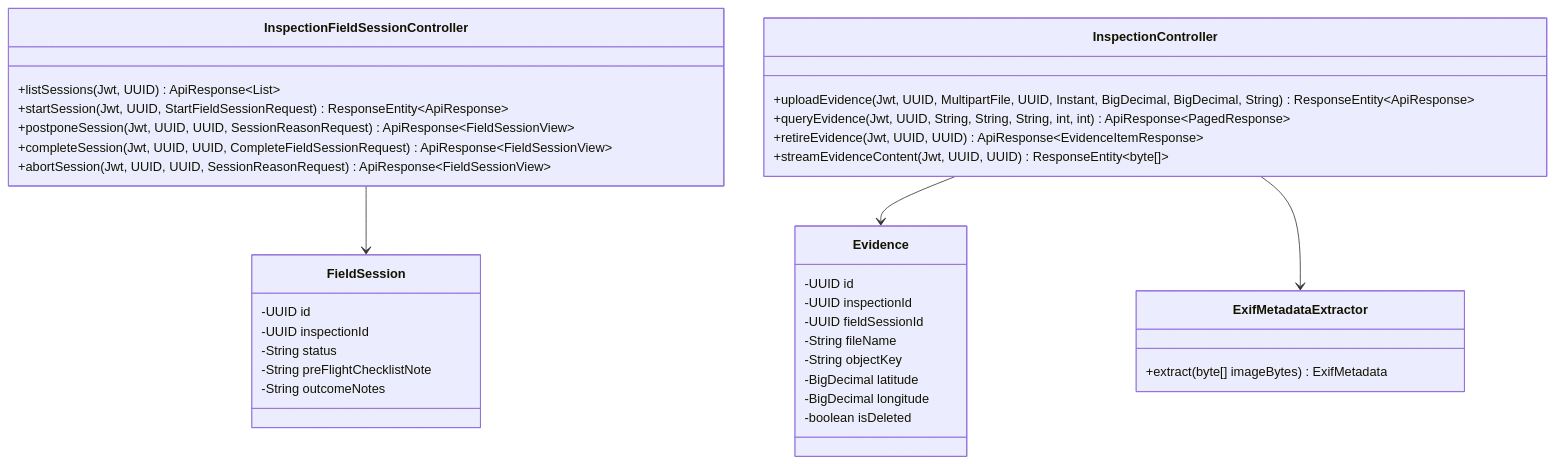
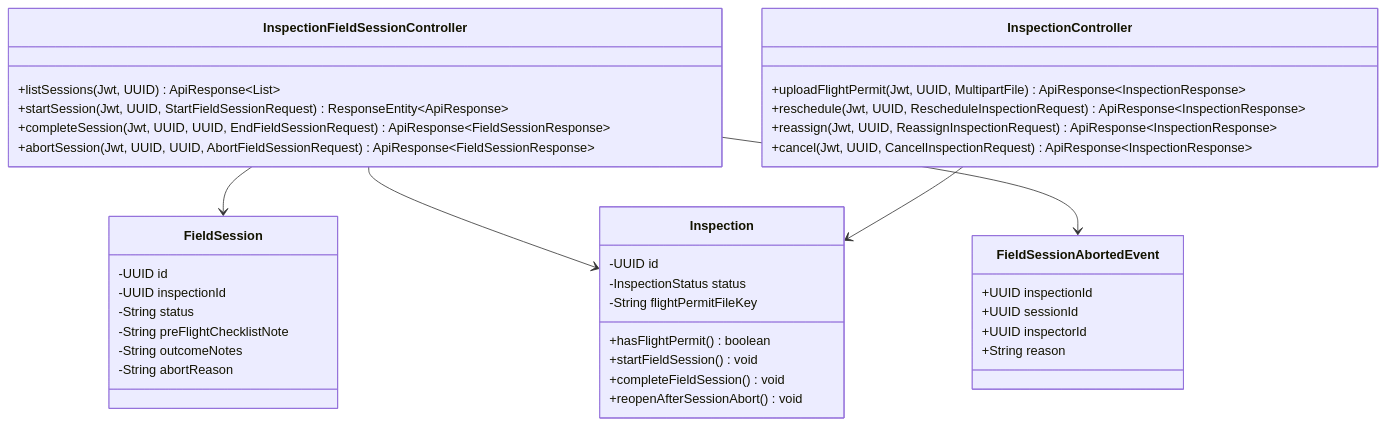
One commit to tungbach12/SmartDroneInspection-Docs changed diagram 12 of 23 in reports/report-4-software-design-document/03-detailed-design.md. Above: the diagram before and after it, drawn with Mermaid. The commit also changed other lines of this file and 245 other files, not shown here.

First line of the commit message:
docs(reports): synchronize all reports, diagrams, and test sheets to 5-role 8-feature baseline

````diff
--- a/reports/report-4-software-design-document/03-detailed-design.md
+++ b/reports/report-4-software-design-document/03-detailed-design.md
@@ -475,40 +498,43 @@
 ```mermaid
-%% title: Field Session and Evidence Management Class Diagram
+%% title: Flight Permit Gate, Field Session and Abort Dispatch Class Diagram
 classDiagram
   class InspectionFieldSessionController {
     +listSessions(Jwt, UUID) ApiResponse~List~
     +startSession(Jwt, UUID, StartFieldSessionRequest) ResponseEntity~ApiResponse~
-    +postponeSession(Jwt, UUID, UUID, SessionReasonRequest) ApiResponse~FieldSessionView~
-    +completeSession(Jwt, UUID, UUID, CompleteFieldSessionRequest) ApiResponse~FieldSessionView~
-    +abortSession(Jwt, UUID, UUID, SessionReasonRequest) ApiResponse~FieldSessionView~
+    +completeSession(Jwt, UUID, UUID, EndFieldSessionRequest) ApiResponse~FieldSessionResponse~
+    +abortSession(Jwt, UUID, UUID, AbortFieldSessionRequest) ApiResponse~FieldSessionResponse~
   }
   class InspectionController {
-    +uploadEvidence(Jwt, UUID, MultipartFile, UUID, Instant, BigDecimal, BigDecimal, String) ResponseEntity~ApiResponse~
-    +queryEvidence(Jwt, UUID, String, String, String, int, int) ApiResponse~PagedResponse~
-    +retireEvidence(Jwt, UUID, UUID) ApiResponse~EvidenceItemResponse~
-    +streamEvidenceContent(Jwt, UUID, UUID) ResponseEntity~byte[]~
-  }
-  class ExifMetadataExtractor {
-    +extract(byte[] imageBytes) ExifMetadata
+    +uploadFlightPermit(Jwt, UUID, MultipartFile) ApiResponse~InspectionResponse~
+    +reschedule(Jwt, UUID, RescheduleInspectionRequest) ApiResponse~InspectionResponse~
+    +reassign(Jwt, UUID, ReassignInspectionRequest) ApiResponse~InspectionResponse~
+    +cancel(Jwt, UUID, CancelInspectionRequest) ApiResponse~InspectionResponse~
   }
   class FieldSession {
     -UUID id
     -UUID inspectionId
     -String status
     -String preFlightChecklistNote
     -String outcomeNotes
+    -String abortReason
   }
-  class Evidence {
+  class Inspection {
     -UUID id
-    -UUID inspectionId
-    -UUID fieldSessionId
-    -String fileName
-    -String objectKey
-    -BigDecimal latitude
-    -BigDecimal longitude
-    -boolean isDeleted
+    -InspectionStatus status
+    -String flightPermitFileKey
+    +hasFlightPermit() boolean
+    +startFieldSession() void
+    +completeFieldSession() void
+    +reopenAfterSessionAbort() void
+  }
+  class FieldSessionAbortedEvent {
+    +UUID inspectionId
+    +UUID sessionId
+    +UUID inspectorId
+    +String reason
   }
   InspectionFieldSessionController --> FieldSession
-  InspectionController --> Evidence
-  InspectionController --> ExifMetadataExtractor
+  InspectionFieldSessionController --> Inspection
+  InspectionFieldSessionController --> FieldSessionAbortedEvent
+  InspectionController --> Inspection
 ```
````
